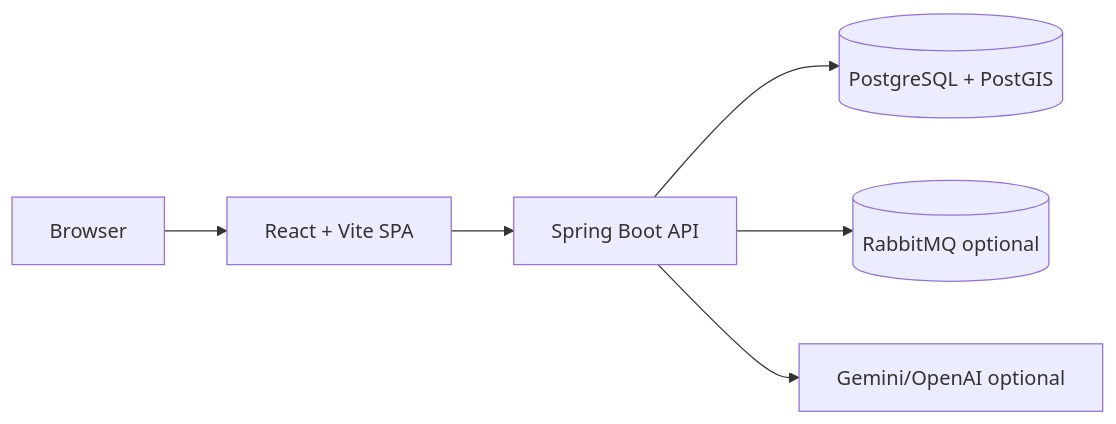
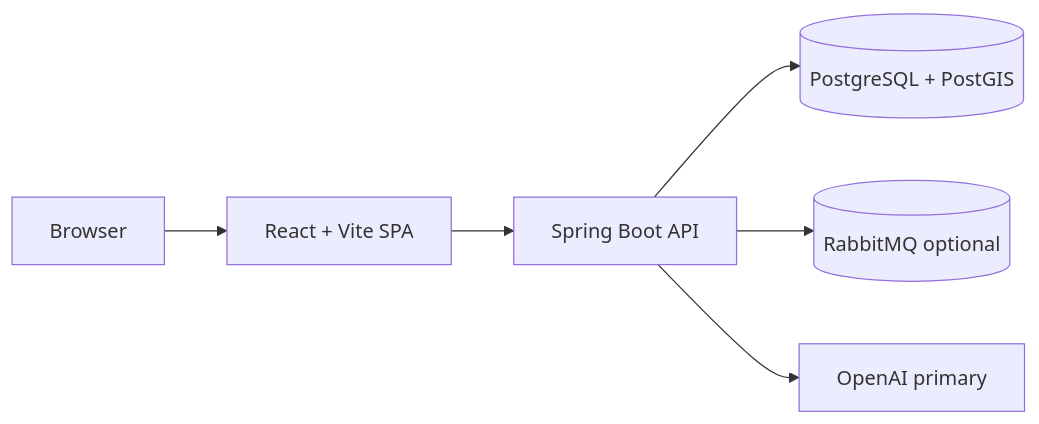
One commit to i3focus/paw-motion-ai changed the second of 2 diagrams in docs/design/software-architecture.md. Above: the diagram before and after it, drawn with Mermaid. The commit also changed other lines of this file and 22 other files, not shown here.

````diff
--- a/docs/design/software-architecture.md
+++ b/docs/design/software-architecture.md
@@ -28,8 +28,8 @@
 ```mermaid
 flowchart LR
     Browser[Browser] --> Frontend[React + Vite SPA]
     Frontend --> Backend[Spring Boot API]
     Backend --> Postgres[(PostgreSQL + PostGIS)]
     Backend --> RabbitMQ[(RabbitMQ optional)]
-    Backend --> Gemini[Gemini/OpenAI optional]
+    Backend --> OpenAI[OpenAI primary]
 ```
````
